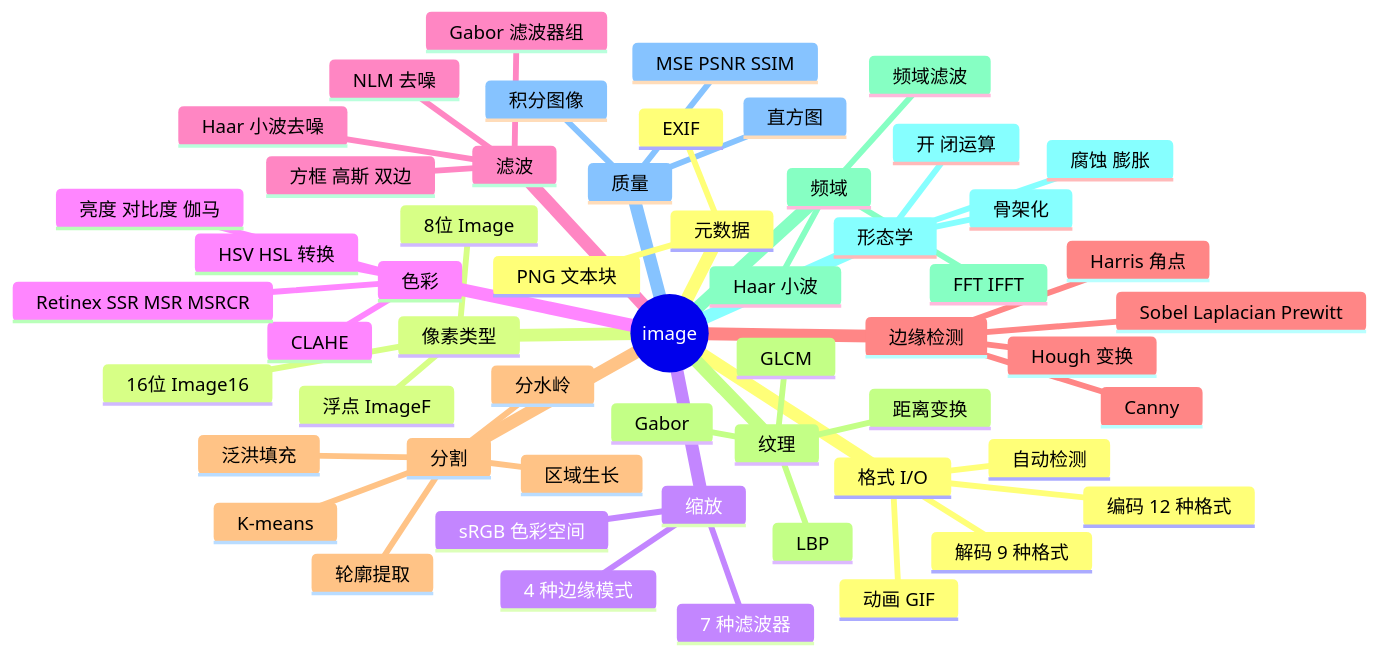
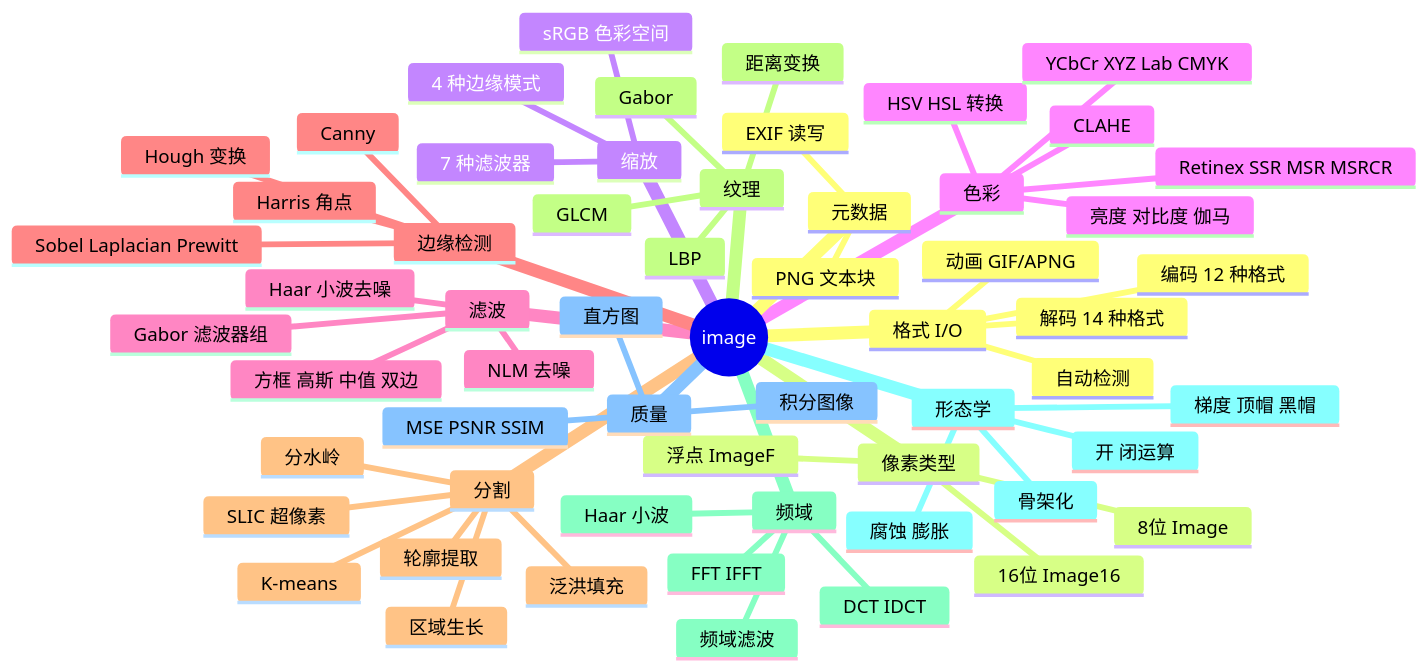
Before and after one commit to toadium/stb-image: the first of 14 diagrams in docs/architecture.md, drawn with Mermaid. The commit also changed other lines of this file and 132 other files, not shown here.

````diff
--- a/docs/architecture.md
+++ b/docs/architecture.md
@@ -11,58 +11,62 @@
 ```mermaid
 mindmap
   root((image))
     格式 I/O
-      解码 9 种格式
+      解码 14 种格式
       编码 12 种格式
       自动检测
-      动画 GIF
+      动画 GIF/APNG
     像素类型
       8位 Image
       16位 Image16
       浮点 ImageF
     缩放
       7 种滤波器
       4 种边缘模式
       sRGB 色彩空间
     色彩
       HSV HSL 转换
+      YCbCr XYZ Lab CMYK
       亮度 对比度 伽马
       CLAHE
       Retinex SSR MSR MSRCR
     滤波
-      方框 高斯 双边
+      方框 高斯 中值 双边
       Gabor 滤波器组
       NLM 去噪
       Haar 小波去噪
     边缘检测
       Sobel Laplacian Prewitt
       Canny
       Harris 角点
       Hough 变换
     分割
       K-means
       区域生长
       分水岭
       轮廓提取
       泛洪填充
+      SLIC 超像素
     纹理
       LBP
       GLCM
       Gabor
       距离变换
     频域
       FFT IFFT
+      DCT IDCT
       频域滤波
       Haar 小波
     形态学
       腐蚀 膨胀
       开 闭运算
+      梯度 顶帽 黑帽
       骨架化
     质量
       MSE PSNR SSIM
       直方图
       积分图像
     元数据
-      EXIF
+      EXIF 读写
       PNG 文本块
 ```
````
